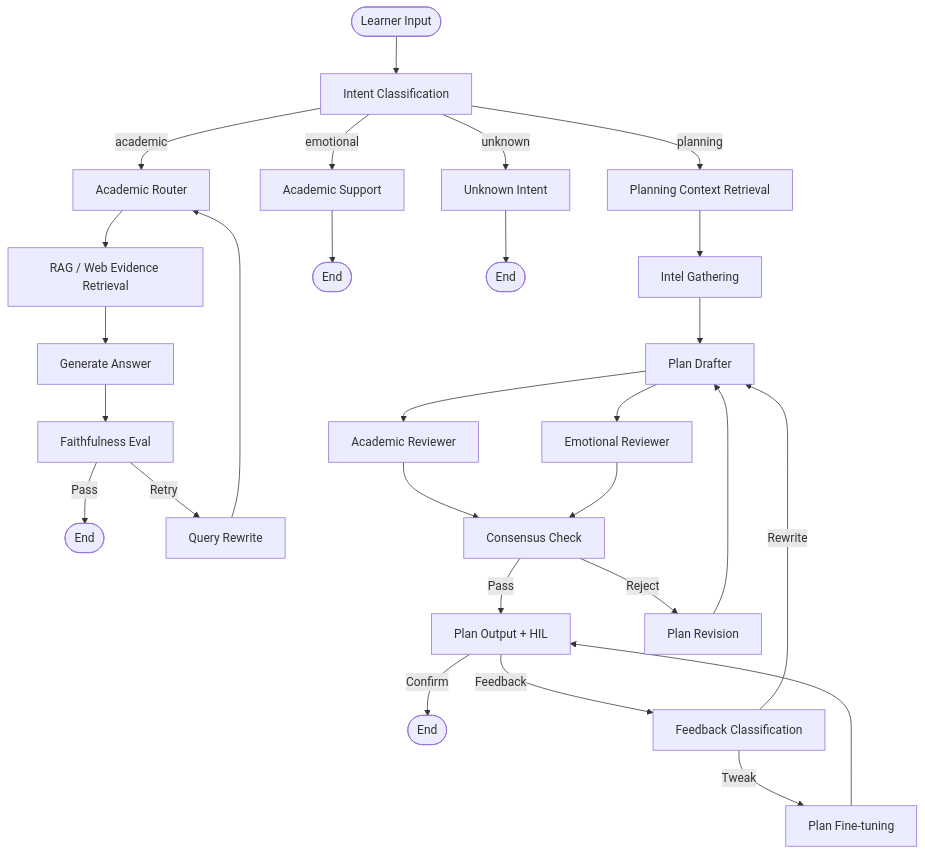
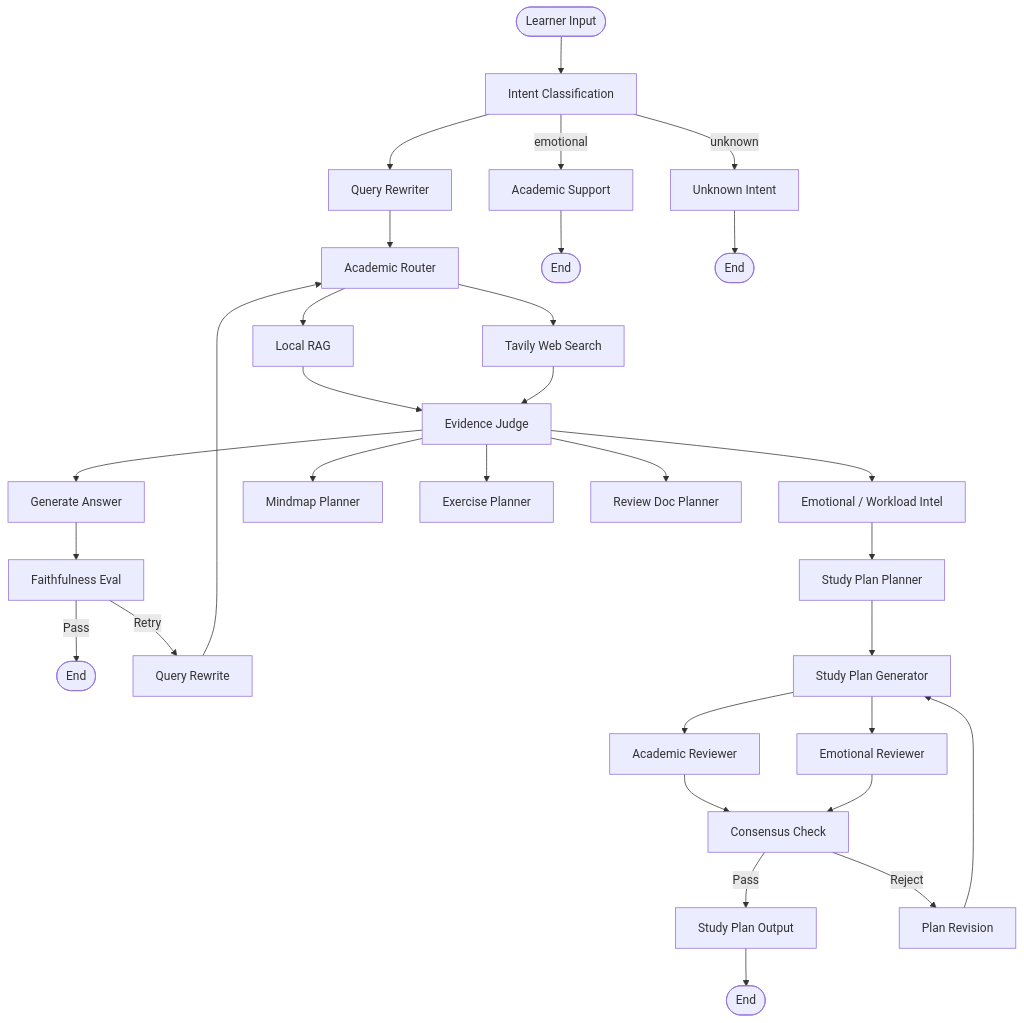
One commit to kyle-1227/A3_study_agent changed the diagram in README_en.md. Above: the diagram before and after it, drawn with Mermaid. The commit also changed other lines of this file and 46 other files, not shown here.

````diff
--- a/README_en.md
+++ b/README_en.md
@@ -41,35 +41,39 @@
 ```mermaid
 graph TD
   START([Learner Input]) --> supervisor[Intent Classification]
 
-  supervisor -->|academic| academic_router[Academic Router]
-  supervisor -->|planning| gather_planning_context[Planning Context Retrieval]
+  supervisor --> search_query_rewriter[Query Rewriter]
+  search_query_rewriter --> academic_router[Academic Router]
   supervisor -->|emotional| emotional_response[Academic Support]
   supervisor -->|unknown| handle_unknown[Unknown Intent]
 
-  academic_router --> rag_retrieve[RAG / Web Evidence Retrieval]
-  rag_retrieve --> generate_answer[Generate Answer]
+  academic_router --> rag_retrieve[Local RAG]
+  academic_router --> web_search[Tavily Web Search]
+  rag_retrieve --> evidence_judge[Evidence Judge]
+  web_search --> evidence_judge
+
+  evidence_judge --> generate_answer[Generate Answer]
+  evidence_judge --> study_plan_emotional_intel[Emotional / Workload Intel]
+  evidence_judge --> mindmap_planner[Mindmap Planner]
+  evidence_judge --> exercise_planner[Exercise Planner]
+  evidence_judge --> review_doc_planner[Review Doc Planner]
+
   generate_answer --> evaluate_hallucination[Faithfulness Eval]
   evaluate_hallucination -->|Pass| END_A([End])
   evaluate_hallucination -->|Retry| rewrite_query[Query Rewrite]
   rewrite_query --> academic_router
 
-  gather_planning_context --> gather_intel[Intel Gathering]
-  gather_intel --> drafter[Plan Drafter]
-  drafter --> reviewer_academic[Academic Reviewer]
-  drafter --> reviewer_emotional[Emotional Reviewer]
-  reviewer_academic --> consensus_check[Consensus Check]
-  reviewer_emotional --> consensus_check
-  consensus_check -->|Pass| plan_output[Plan Output + HIL]
-  consensus_check -->|Reject| adv_rewrite[Plan Revision]
-  adv_rewrite --> drafter
-
-  plan_output -->|Confirm| END_P([End])
-  plan_output -->|Feedback| feedback_router[Feedback Classification]
-  feedback_router -->|Tweak| plan_tweak[Plan Fine-tuning]
-  feedback_router -->|Rewrite| drafter
-  plan_tweak --> plan_output
+  study_plan_emotional_intel --> study_plan_planner[Study Plan Planner]
+  study_plan_planner --> study_plan_agent[Study Plan Generator]
+  study_plan_agent --> study_plan_reviewer_academic[Academic Reviewer]
+  study_plan_agent --> study_plan_reviewer_emotional[Emotional Reviewer]
+  study_plan_reviewer_academic --> study_plan_consensus[Consensus Check]
+  study_plan_reviewer_emotional --> study_plan_consensus
+  study_plan_consensus -->|Pass| study_plan_output[Study Plan Output]
+  study_plan_consensus -->|Reject| study_plan_rewrite[Plan Revision]
+  study_plan_rewrite --> study_plan_agent
+  study_plan_output --> END_P([End])
 
   emotional_response --> END_E([End])
   handle_unknown --> END_U([End])
 ```
````
